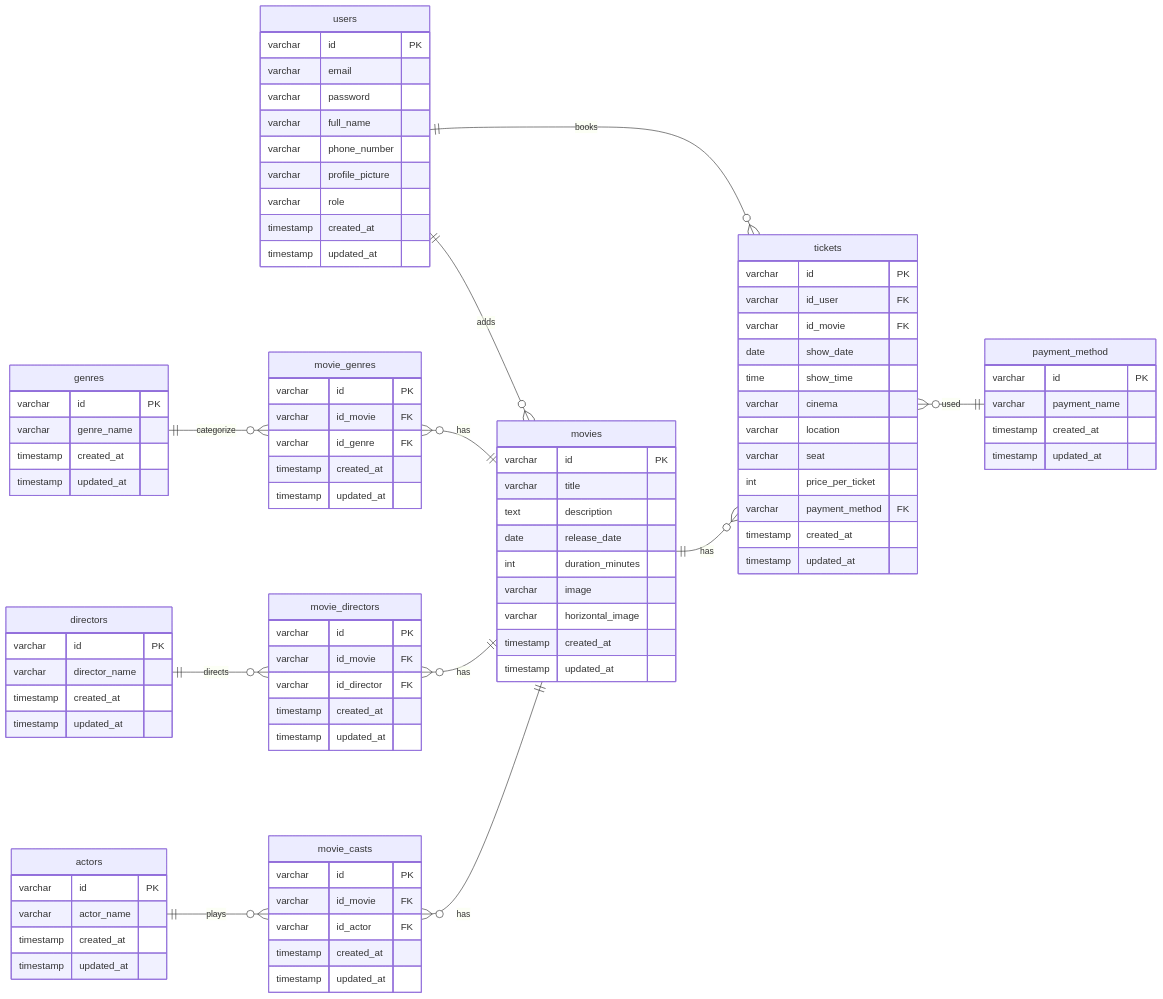
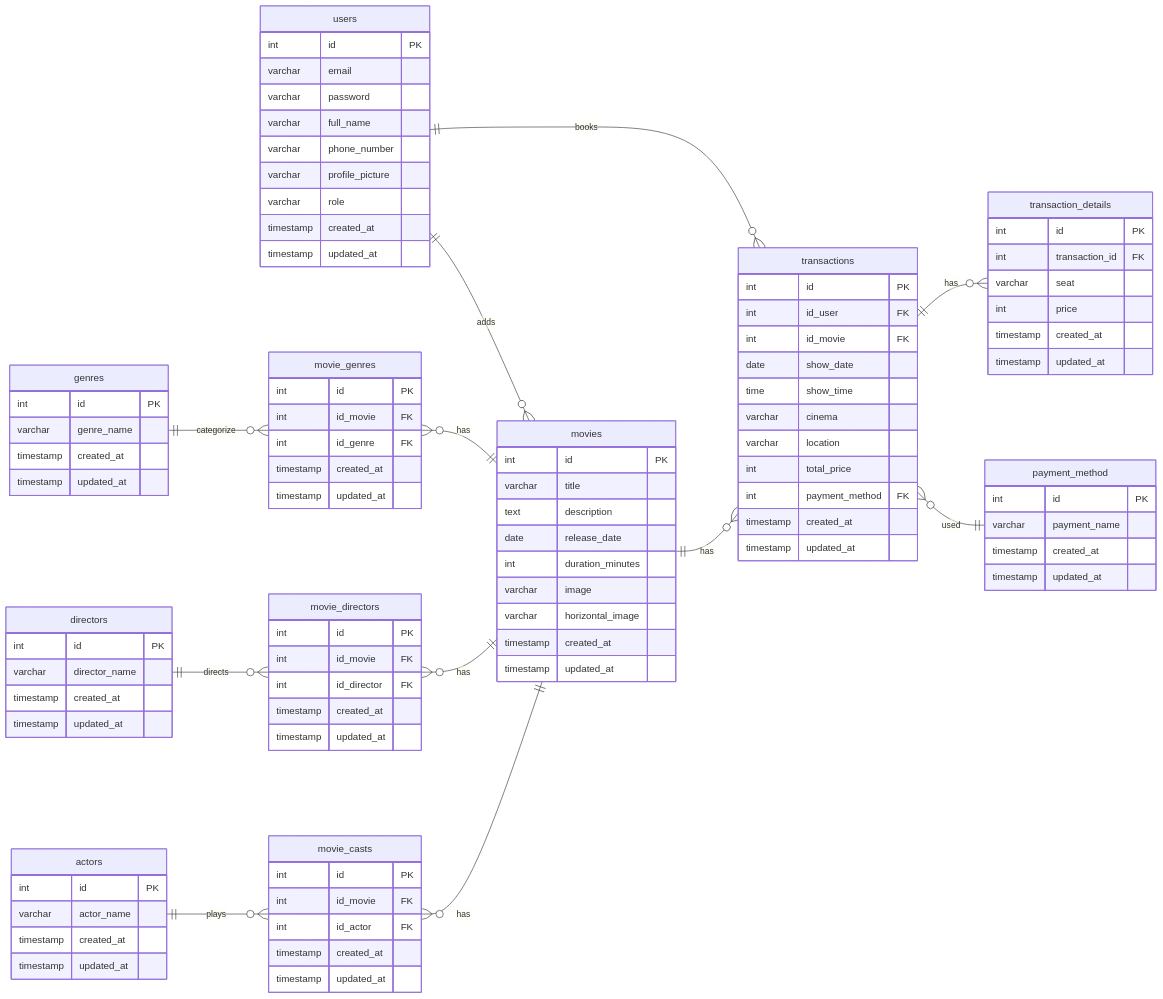
Before and after one commit to ranandasatria/fgo24-be-tickitz: the diagram in README.md, drawn with Mermaid. The commit also changed other lines of this file, not shown here.

```diff
--- a/README.md
+++ b/README.md
@@ -5,18 +111,19 @@
 direction LR
 
 users ||--o{ movies : adds
-users ||--o{ tickets : books
-movies ||--o{ tickets : has
+users ||--o{ transactions : books
+movies ||--o{ transactions : has
 genres ||--o{ movie_genres : categorize
 movie_genres }o--|| movies : has
 directors ||--o{ movie_directors : directs
 movie_directors }o--|| movies : has
 actors ||--o{ movie_casts : plays
 movie_casts }o--|| movies : has
-tickets }o--|| payment_method : used
+transactions ||--o{ transaction_details : has
+transactions }o--|| payment_method : used
 
 users {
-  varchar id PK
+  int id PK
   varchar email
   varchar password
   varchar full_name
@@ -28,7 +135,7 @@
 }
 
 movies {
-  varchar id PK
+  int id PK
   varchar title
   text description
   date release_date
@@ -40,67 +147,75 @@
 }
 
 genres {
-  varchar id PK
+  int id PK
   varchar genre_name
   timestamp created_at
   timestamp updated_at
 }
 
 movie_genres {
-  varchar id PK
-  varchar id_movie FK
-  varchar id_genre FK
+  int id PK
+  int id_movie FK
+  int id_genre FK
   timestamp created_at
   timestamp updated_at
 }
 
 directors {
-  varchar id PK
+  int id PK
   varchar director_name
   timestamp created_at
   timestamp updated_at
 }
 
 movie_directors {
-  varchar id PK
-  varchar id_movie FK
-  varchar id_director FK
+  int id PK
+  int id_movie FK
+  int id_director FK
   timestamp created_at
   timestamp updated_at
 }
 
 actors {
-  varchar id PK
+  int id PK
   varchar actor_name
   timestamp created_at
   timestamp updated_at
 }
 
 movie_casts {
-  varchar id PK
-  varchar id_movie FK
-  varchar id_actor FK
+  int id PK
+  int id_movie FK
+  int id_actor FK
   timestamp created_at
   timestamp updated_at
 }
 
-tickets {
-  varchar id PK
-  varchar id_user FK
-  varchar id_movie FK
+transactions {
+  int id PK
+  int id_user FK
+  int id_movie FK
   date show_date
   time show_time
   varchar cinema
   varchar location
+  int total_price
+  int payment_method FK
+  timestamp created_at
+  timestamp updated_at
+}
+
+transaction_details {
+  int id PK
+  int transaction_id FK
   varchar seat
-  int price_per_ticket
-  varchar payment_method FK
+  int price
   timestamp created_at
   timestamp updated_at
 }
 
 payment_method {
-  varchar id PK
+  int id PK
   varchar payment_name
   timestamp created_at
   timestamp updated_at
```
